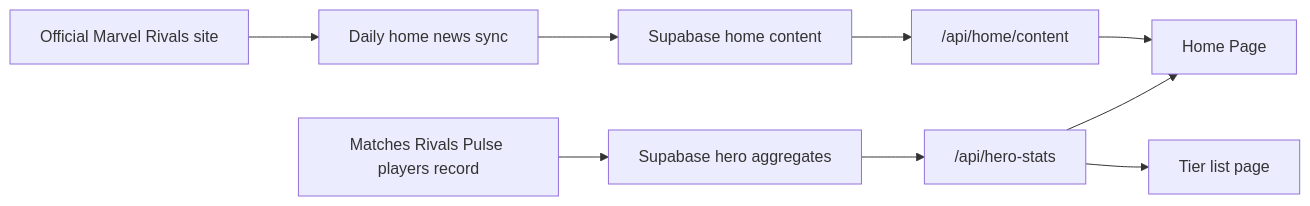
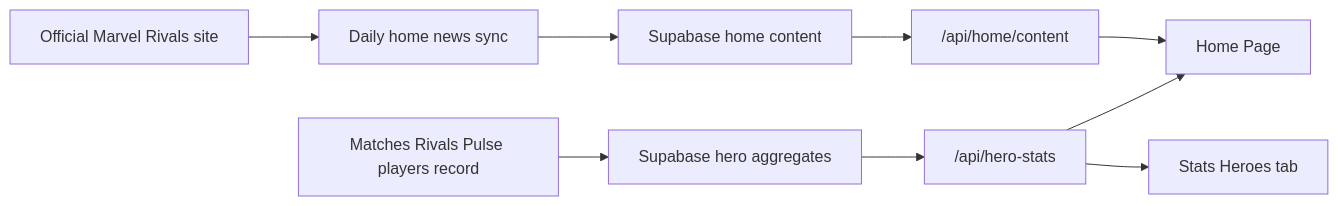
The eighth of 8 diagrams in docs/content-data-flow.md (anthonyturner/rivals-pulse-web), drawn with Mermaid before and after one commit. The commit also changed other lines of this file and 7 other files, not shown here.

First line of the commit message:
chore(stats): keep tier list in the Heroes tab title and tidy the merge follow-ups

````diff
--- a/docs/content-data-flow.md
+++ b/docs/content-data-flow.md
@@ -249,11 +249,11 @@
 ```mermaid
 flowchart LR
   Official["Official Marvel Rivals site"] --> HomeSync["Daily home news sync"]
   Matches["Matches Rivals Pulse players record"] --> Aggregates["Supabase hero aggregates"]
   HomeSync --> Supabase["Supabase home content"]
   Supabase --> HomeApi["/api/home/content"]
   Aggregates --> StatsApi["/api/hero-stats"]
   HomeApi --> HomePage["Home Page"]
   StatsApi --> HomePage
-  StatsApi --> TierPage["Tier list page"]
+  StatsApi --> StatsHeroes["Stats Heroes tab"]
 ```
````
